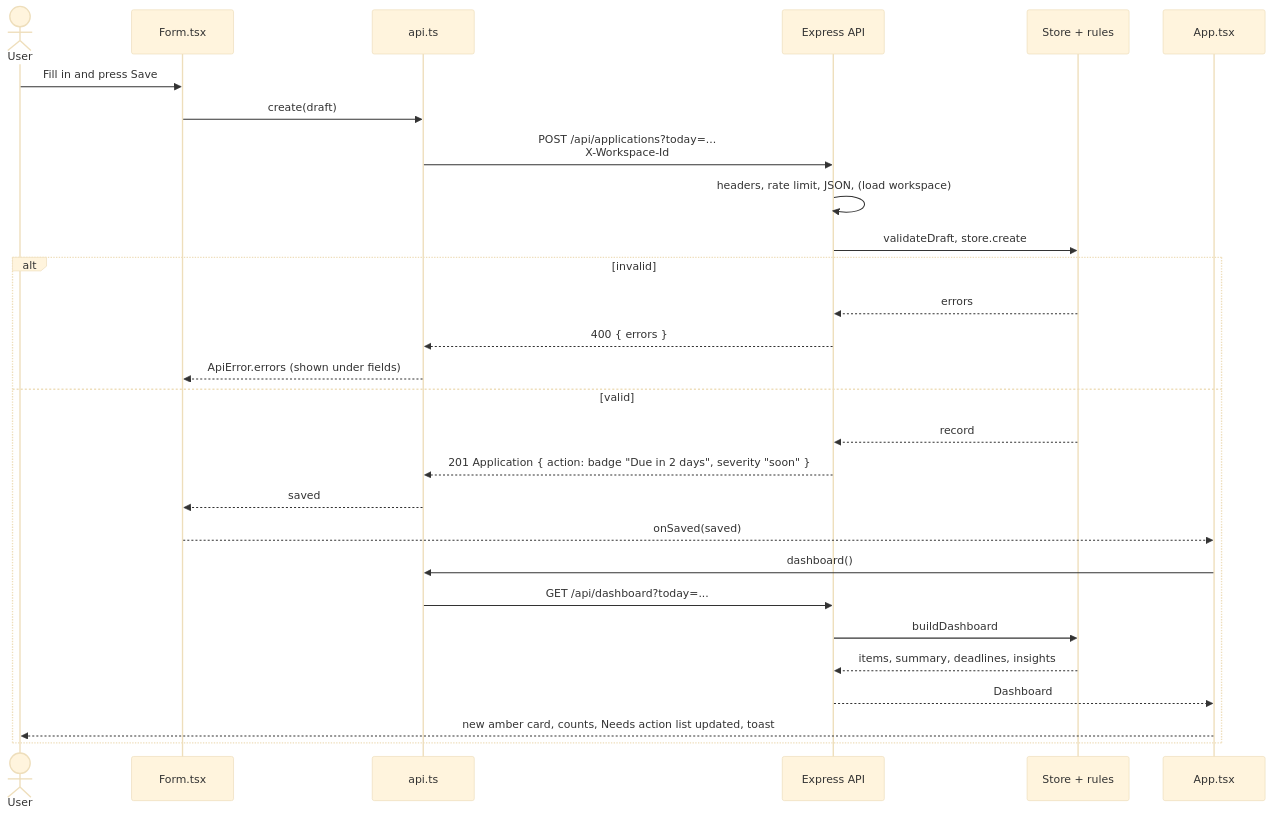
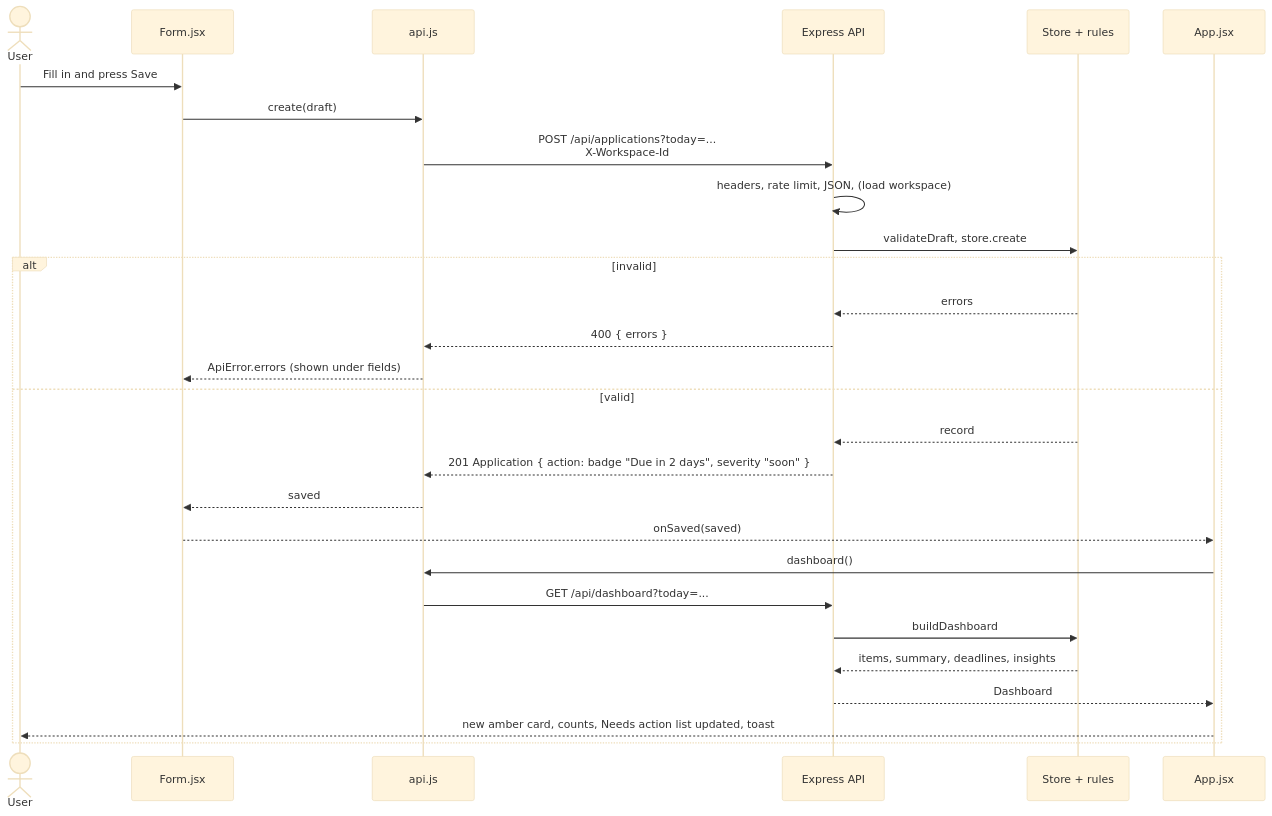
One commit to someone1709/404owasp changed the fourth of 6 diagrams in docs/ARCHITECTURE.md. Above: the diagram before and after it, drawn with Mermaid (base theme). The commit also changed other lines of this file and 116 other files, not shown here.

````diff
--- a/docs/ARCHITECTURE.md
+++ b/docs/ARCHITECTURE.md
@@ -148,31 +148,31 @@
 ```mermaid
 sequenceDiagram
   actor U as User
-  participant F as Form.tsx
-  participant A as api.ts
+  participant F as Form.jsx
+  participant A as api.js
   participant S as Express API
   participant D as Store + rules
-  participant G as App.tsx
+  participant G as App.jsx
 
   U->>F: Fill in and press Save
   F->>A: create(draft)
   A->>S: POST /api/applications?today=...<br/>X-Workspace-Id
   S->>S: headers, rate limit, JSON, (load workspace)
   S->>D: validateDraft, store.create
   alt invalid
     D-->>S: errors
     S-->>A: 400 { errors }
     A-->>F: ApiError.errors (shown under fields)
   else valid
     D-->>S: record
     S-->>A: 201 Application { action: badge "Due in 2 days", severity "soon" }
     A-->>F: saved
     F-->>G: onSaved(saved)
     G->>A: dashboard()
     A->>S: GET /api/dashboard?today=...
     S->>D: buildDashboard
     D-->>S: items, summary, deadlines, insights
     S-->>G: Dashboard
     G-->>U: new amber card, counts, Needs action list updated, toast
   end
 ```
````
